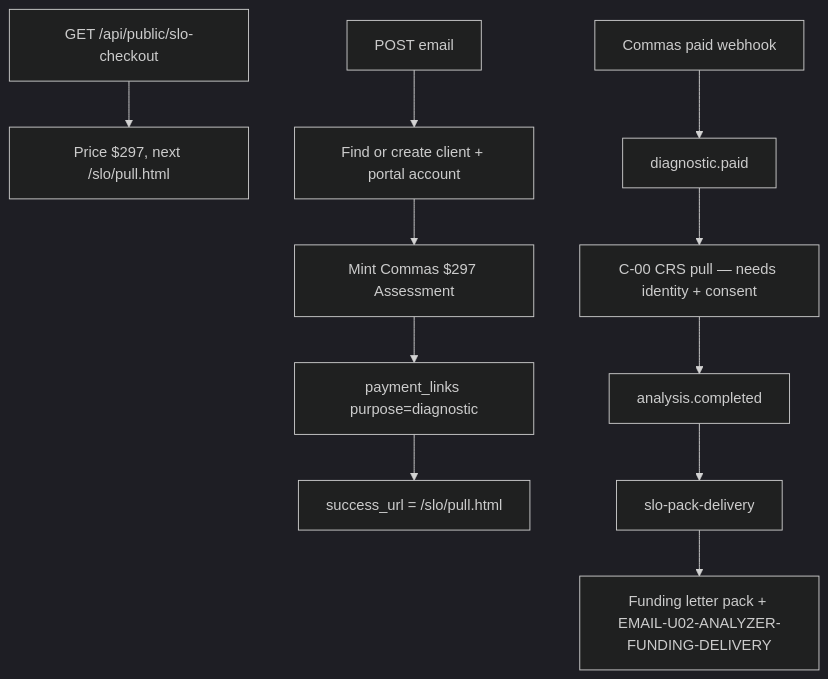
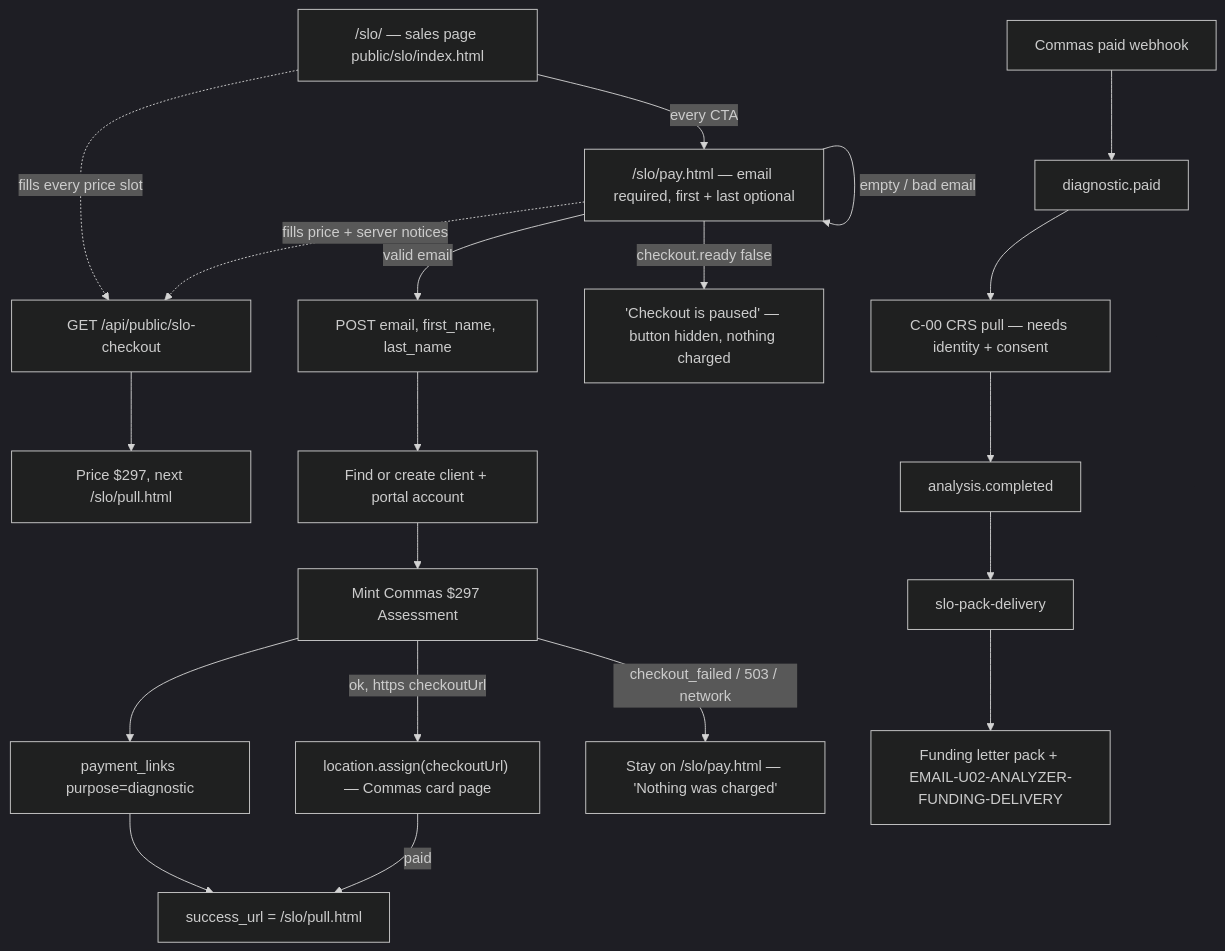
The diagram in docs/journeys/slo-offer-actual.md (ZootimusMaximusSupreme/Fundhub_ai), drawn with Mermaid (dark theme) before and after one commit. The commit also changed other lines of this file and 4 other files, not shown here.

````diff
--- a/docs/journeys/slo-offer-actual.md
+++ b/docs/journeys/slo-offer-actual.md
@@ -7,13 +7,22 @@
 ```mermaid
 flowchart TD
+  S["/slo/ — sales page public/slo/index.html"] -->|every CTA| P["/slo/pay.html — email required, first + last optional"]
+  S -. fills every price slot .-> A
+  P -. fills price + server notices .-> A
   A["GET /api/public/slo-checkout"] --> B["Price $297, next /slo/pull.html"]
-  C["POST email"] --> D["Find or create client + portal account"]
+  P -->|"valid email"| C
+  P -->|"empty / bad email"| P
+  P -->|"checkout.ready false"| PAUSE["'Checkout is paused' — button hidden, nothing charged"]
+  C["POST email, first_name, last_name"] --> D["Find or create client + portal account"]
   D --> E["Mint Commas $297 Assessment"]
   E --> F["payment_links purpose=diagnostic"]
   F --> G["success_url = /slo/pull.html"]
+  E -->|"ok, https checkoutUrl"| CARD["location.assign(checkoutUrl) — Commas card page"]
+  E -->|"checkout_failed / 503 / network"| PFAIL["Stay on /slo/pay.html — 'Nothing was charged'"]
+  CARD -->|paid| G
   H["Commas paid webhook"] --> I["diagnostic.paid"]
   I --> J["C-00 CRS pull — needs identity + consent"]
   J --> K["analysis.completed"]
   K --> L["slo-pack-delivery"]
   L --> M["Funding letter pack + EMAIL-U02-ANALYZER-FUNDING-DELIVERY"]
 ```
````
